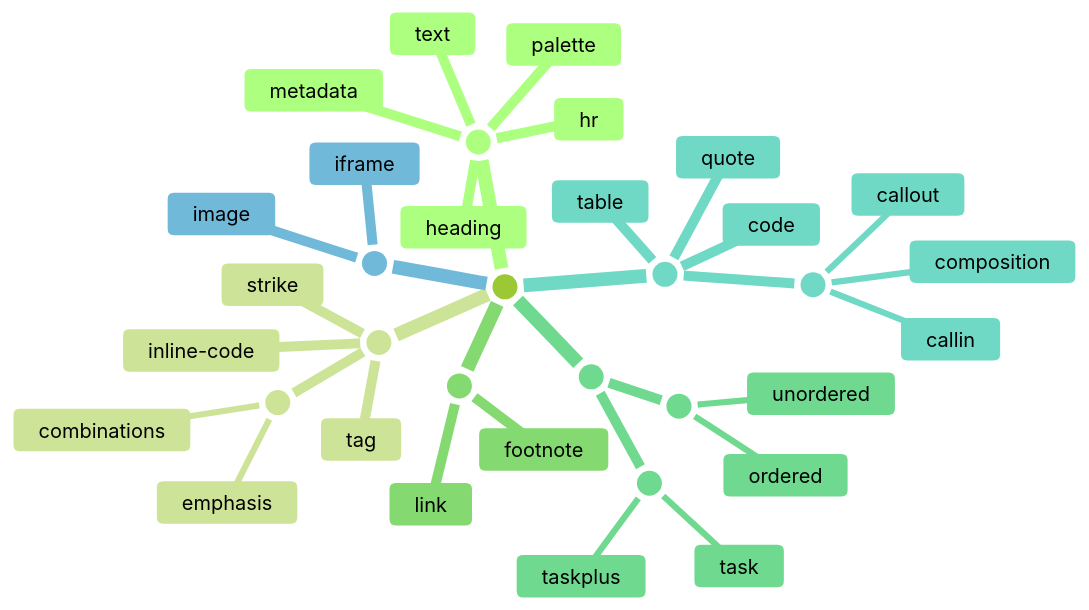
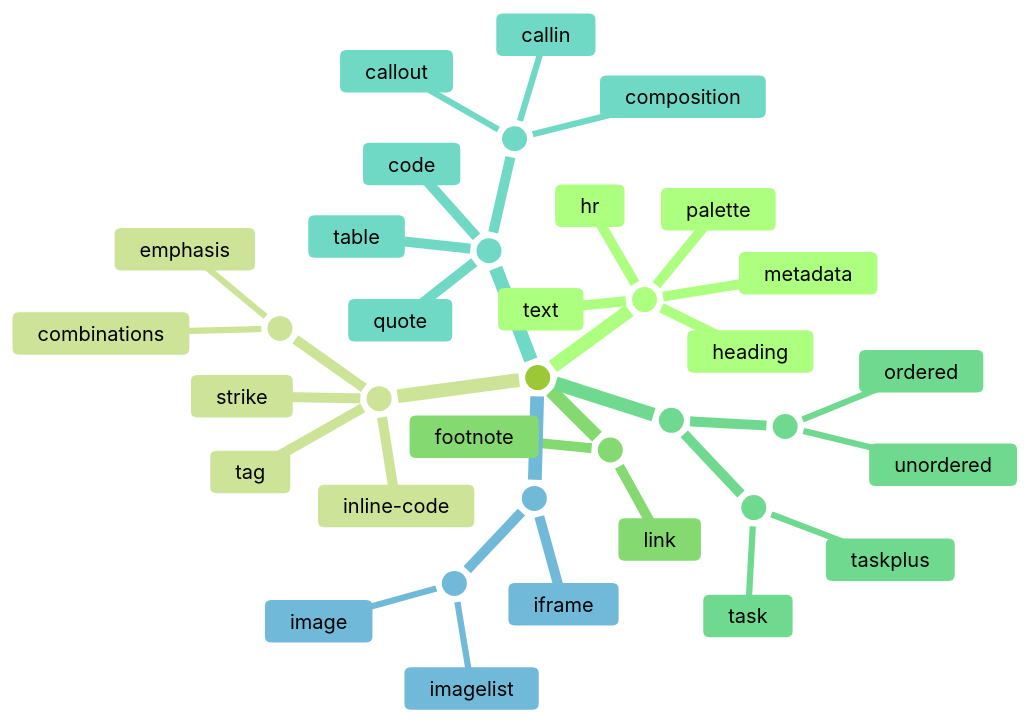
The diagram in content/atlas/! categories/! categories.md (nnberg-com/hacksidian), drawn with Mermaid before and after one commit. The commit also changed other lines of this file and 243 other files, not shown here.

````diff
--- a/content/atlas/! categories/! categories.md
+++ b/content/atlas/! categories/! categories.md
@@ -3,67 +3,70 @@
 ```mermaid
 ---
 config:   
   theme: 'forest'  
 ---
 mindmap
 root(( ))
 	_base(( ))
 		text
 		:::internal-link
 		palette
 		:::internal-link
 		heading
 		:::internal-link
 		hr
 		:::internal-link
 		metadata
 		:::internal-link
 	_text_line(( ))
 		_em(( ))
 			emphasis
 			:::internal-link
 			combinations
 			:::internal-link
 		strike
 		:::internal-link
 		inline-code
 		:::internal-link
 		tag
 		:::internal-link
 	_links(( ))
 		link
 		:::internal-link
 		footnote
 		:::internal-link
 	_lists(( ))
 		_list(( ))
 			ordered
 			:::internal-link
 			unordered
 			:::internal-link
 		_t(( ))
 			task
 			:::internal-link
 			taskplus
 			:::internal-link
 	_blocks(( ))
 		code
 		:::internal-link
 		quote
 		:::internal-link
 		_callouts(( ))
 			callout
 			:::internal-link
 			callin
 			:::internal-link
 			composition
 			:::internal-link
 		table
 		:::internal-link
 	_media(( ))
-		image
-		:::internal-link
+		_im(( ))
+			image
+			:::internal-link
+			imagelist
+			:::internal-link
 		iframe
 		:::internal-link
 
 ```
````
